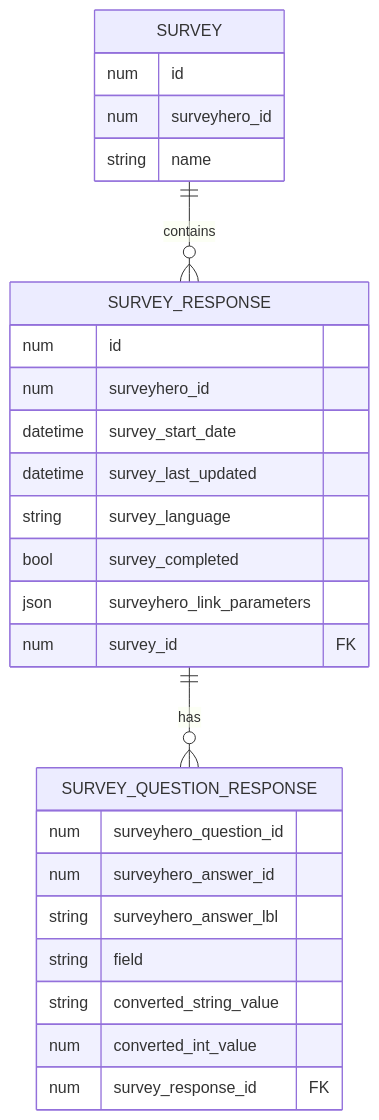
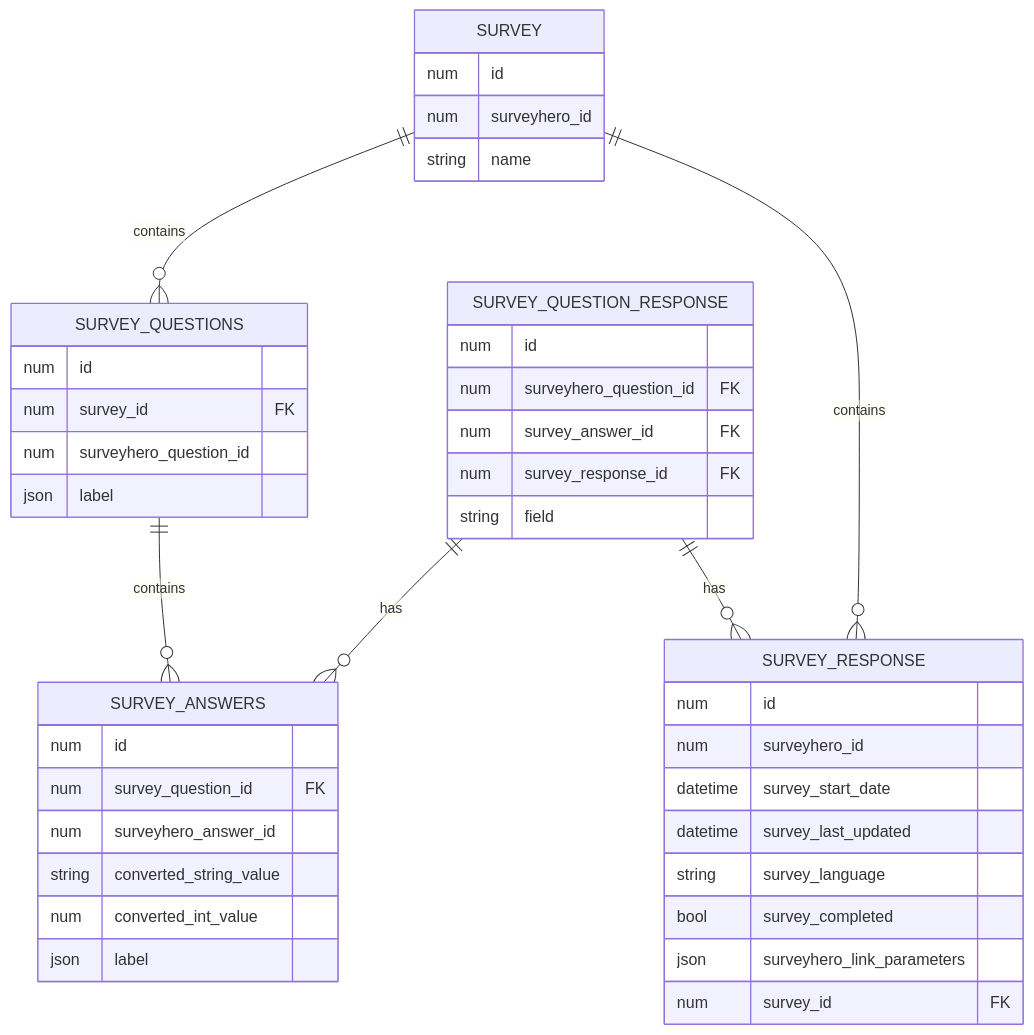
The diagram in README.md (statikbe/laravel-surveyhero), drawn with Mermaid before and after one commit. The commit also changed other lines of this file, not shown here.

Commit message:
update UML diagram

````diff
--- a/README.md
+++ b/README.md
@@ -33,30 +33,48 @@
 ``` mermaid
 erDiagram
 SURVEY {
     num id
     num surveyhero_id
     string name
     
 }
+
+SURVEY_QUESTIONS {
+    num id		
+    num survey_id FK
+    num surveyhero_question_id			
+    json label			
+}
+
+SURVEY_ANSWERS {
+    num id		
+    num survey_question_id FK
+    num surveyhero_answer_id			
+    string converted_string_value			
+    num converted_int_value			
+    json label			
+}
+
 SURVEY_RESPONSE {
     num id
     num surveyhero_id
     datetime survey_start_date
     datetime survey_last_updated
     string survey_language
     bool survey_completed
     json surveyhero_link_parameters
     num survey_id FK
 }
-SURVEY_QUESTION_RESPONSE {
-    num surveyhero_question_id
-    num surveyhero_answer_id
-    string surveyhero_answer_lbl
+SURVEY_QUESTION_RESPONSE {	
+    num id
+    num surveyhero_question_id FK
+    num survey_answer_id FK
+    num survey_response_id FK
     string field
-    string converted_string_value
-    num converted_int_value
-    num survey_response_id FK
 }
+SURVEY ||--o{ SURVEY_QUESTIONS : contains
 SURVEY ||--o{ SURVEY_RESPONSE : contains
-SURVEY_RESPONSE ||--o{ SURVEY_QUESTION_RESPONSE : has
+SURVEY_QUESTIONS ||--o{ SURVEY_ANSWERS : contains
+SURVEY_QUESTION_RESPONSE ||--o{ SURVEY_ANSWERS : has
+SURVEY_QUESTION_RESPONSE ||--o{ SURVEY_RESPONSE : has
 ```
````
